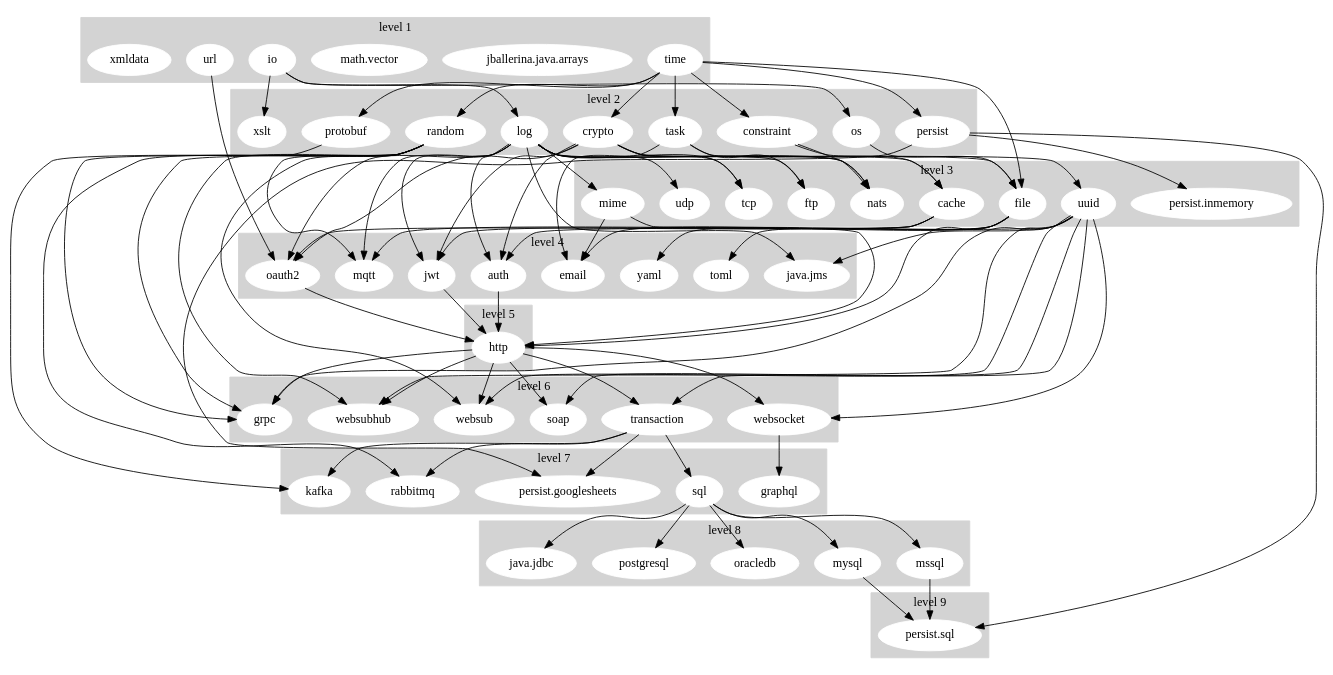
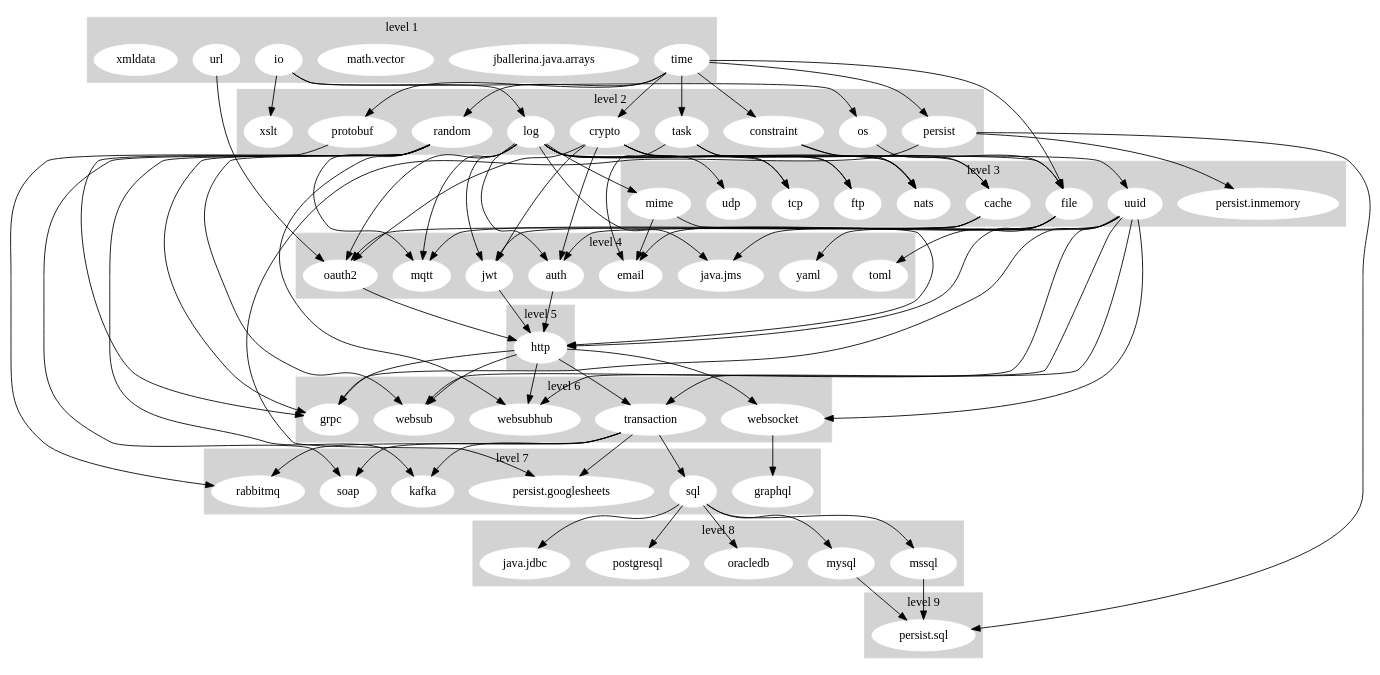
Before and after one commit to ballerina-platform/ballerina-release: the diagram in dashboard/stdlib_graph.gv, drawn with Graphviz.

Commit message:
[Automated] Update Stdlib Dependency Graph

```diff
--- a/dashboard/stdlib_graph.gv
+++ b/dashboard/stdlib_graph.gv
@@ -1,179 +1,179 @@
 digraph "Stdlib Dependency Graph" {
 	subgraph cluster_1 {
 		node [color=white style=filled]
 		color=lightgrey style=filled
 		io
 		"jballerina.java.arrays"
 		"math.vector"
 		time
 		url
 		xmldata
 		label="level 1"
 	}
 	subgraph cluster_2 {
 		node [color=white style=filled]
 		color=lightgrey style=filled
 		constraint
 		crypto
 		log
 		os
 		persist
 		protobuf
 		random
 		task
 		xslt
 		label="level 2"
 	}
 	subgraph cluster_3 {
 		node [color=white style=filled]
 		color=lightgrey style=filled
 		cache
 		file
 		ftp
 		mime
 		nats
 		"persist.inmemory"
 		tcp
 		udp
 		uuid
 		label="level 3"
 	}
 	subgraph cluster_4 {
 		node [color=white style=filled]
 		color=lightgrey style=filled
 		auth
 		email
 		"java.jms"
 		jwt
 		mqtt
 		oauth2
 		toml
 		yaml
 		label="level 4"
 	}
 	subgraph cluster_5 {
 		node [color=white style=filled]
 		color=lightgrey style=filled
 		http
 		label="level 5"
 	}
 	subgraph cluster_6 {
 		node [color=white style=filled]
 		color=lightgrey style=filled
 		grpc
-		soap
 		transaction
 		websocket
 		websub
 		websubhub
 		label="level 6"
 	}
 	subgraph cluster_7 {
 		node [color=white style=filled]
 		color=lightgrey style=filled
 		graphql
 		kafka
 		"persist.googlesheets"
 		rabbitmq
+		soap
 		sql
 		label="level 7"
 	}
 	subgraph cluster_8 {
 		node [color=white style=filled]
 		color=lightgrey style=filled
 		"java.jdbc"
 		mssql
 		mysql
 		oracledb
 		postgresql
 		label="level 8"
 	}
 	subgraph cluster_9 {
 		node [color=white style=filled]
 		color=lightgrey style=filled
 		"persist.sql"
 		label="level 9"
 	}
 	io -> log
 	io -> os
 	io -> xslt
 	time -> constraint
 	time -> crypto
 	time -> file
 	time -> persist
 	time -> protobuf
 	time -> random
 	time -> task
 	url -> oauth2
 	constraint -> cache
 	constraint -> nats
 	crypto -> auth
 	crypto -> jwt
 	crypto -> nats
 	crypto -> oauth2
 	crypto -> tcp
 	crypto -> uuid
 	log -> auth
 	log -> file
 	log -> ftp
 	log -> "java.jms"
 	log -> jwt
 	log -> mime
 	log -> mqtt
 	log -> nats
 	log -> oauth2
 	log -> tcp
 	log -> udp
 	os -> file
 	persist -> "persist.googlesheets"
 	persist -> "persist.inmemory"
 	persist -> "persist.sql"
 	protobuf -> grpc
 	random -> grpc
 	random -> kafka
 	random -> mqtt
 	random -> rabbitmq
+	random -> soap
 	random -> websub
 	random -> websubhub
 	task -> cache
 	task -> email
 	task -> ftp
 	cache -> auth
 	cache -> jwt
 	cache -> oauth2
 	file -> email
 	file -> http
 	file -> toml
 	file -> yaml
 	mime -> email
 	mime -> http
 	uuid -> grpc
 	uuid -> "java.jms"
 	uuid -> mqtt
-	uuid -> soap
 	uuid -> transaction
 	uuid -> websocket
 	uuid -> websub
 	uuid -> websubhub
 	auth -> http
 	jwt -> http
 	oauth2 -> http
 	http -> grpc
-	http -> soap
 	http -> transaction
 	http -> websocket
 	http -> websub
 	http -> websubhub
 	transaction -> kafka
 	transaction -> "persist.googlesheets"
 	transaction -> rabbitmq
+	transaction -> soap
 	transaction -> sql
 	websocket -> graphql
 	sql -> "java.jdbc"
 	sql -> mssql
 	sql -> mysql
 	sql -> oracledb
 	sql -> postgresql
 	mssql -> "persist.sql"
 	mysql -> "persist.sql"
 }
```
